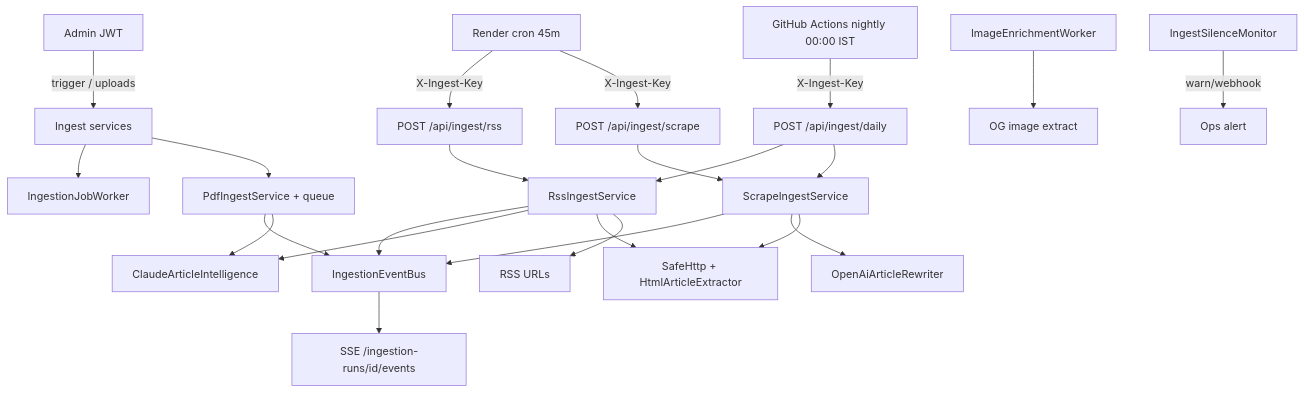
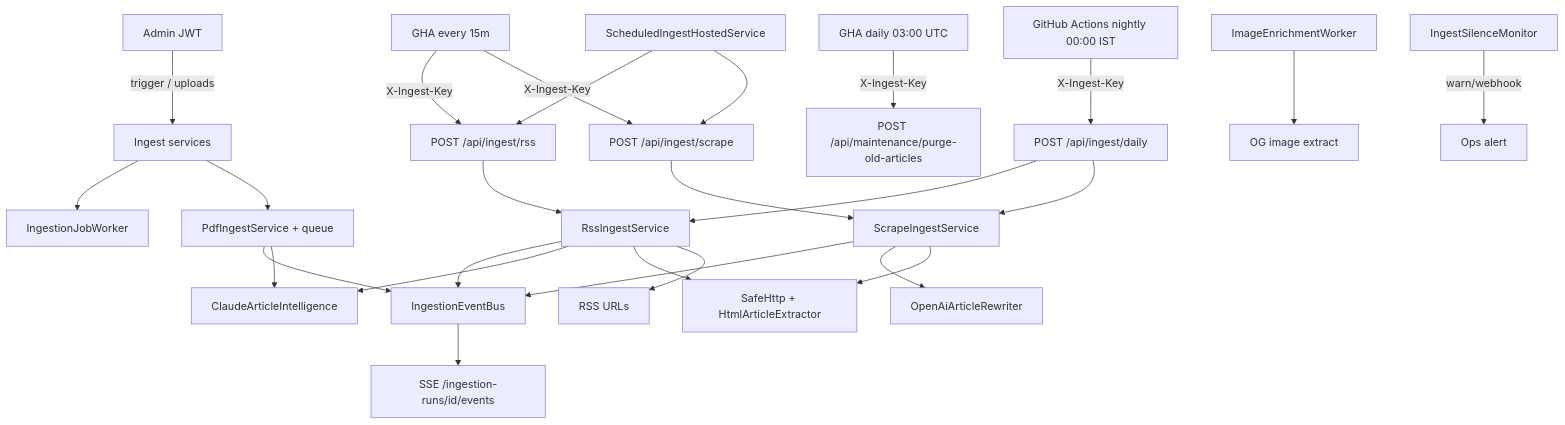
Before and after one commit to sshivanshg/TAZAkhabar: the first of 2 diagrams in docs/architecture/04-ingestion.md, drawn with Mermaid. The commit also changed other lines of this file and 4 other files, not shown here.

````diff
--- a/docs/architecture/04-ingestion.md
+++ b/docs/architecture/04-ingestion.md
@@ -40,25 +40,28 @@
 ```mermaid
 flowchart TB
-  Cron[Render cron 45m] -->|X-Ingest-Key| RssEP[POST /api/ingest/rss]
+  Cron[GHA every 15m] -->|X-Ingest-Key| RssEP[POST /api/ingest/rss]
   Cron -->|X-Ingest-Key| ScrapeEP[POST /api/ingest/scrape]
+  InProcess[ScheduledIngestHostedService] --> RssEP
+  InProcess --> ScrapeEP
   DailyCron[GitHub Actions nightly 00:00 IST] -->|X-Ingest-Key| DailyEP[POST /api/ingest/daily]
+  PurgeCron[GHA daily 03:00 UTC] -->|X-Ingest-Key| PurgeEP[POST /api/maintenance/purge-old-articles]
   Admin[Admin JWT] -->|trigger / uploads| API[Ingest services]
   API --> Job[IngestionJobWorker]
   RssEP --> RssSvc[RssIngestService]
   ScrapeEP --> ScrapeSvc[ScrapeIngestService]
   DailyEP --> RssSvc
   DailyEP --> ScrapeSvc
   API --> PdfSvc[PdfIngestService + queue]
   RssSvc --> Bus[IngestionEventBus]
   ScrapeSvc --> Bus
   PdfSvc --> Bus
   Bus --> SSE[SSE /ingestion-runs/id/events]
   RssSvc --> Claude[ClaudeArticleIntelligence]
   PdfSvc --> Claude
   ScrapeSvc --> OpenAI[OpenAiArticleRewriter]
   ScrapeSvc --> HTML[SafeHttp + HtmlArticleExtractor]
   RssSvc --> HTML
   RssSvc --> Feeds[RSS URLs]
   ImgQ[ImageEnrichmentWorker] --> OG[OG image extract]
   Silence[IngestSilenceMonitor] -->|warn/webhook| Alert[Ops alert]
 ```
````
